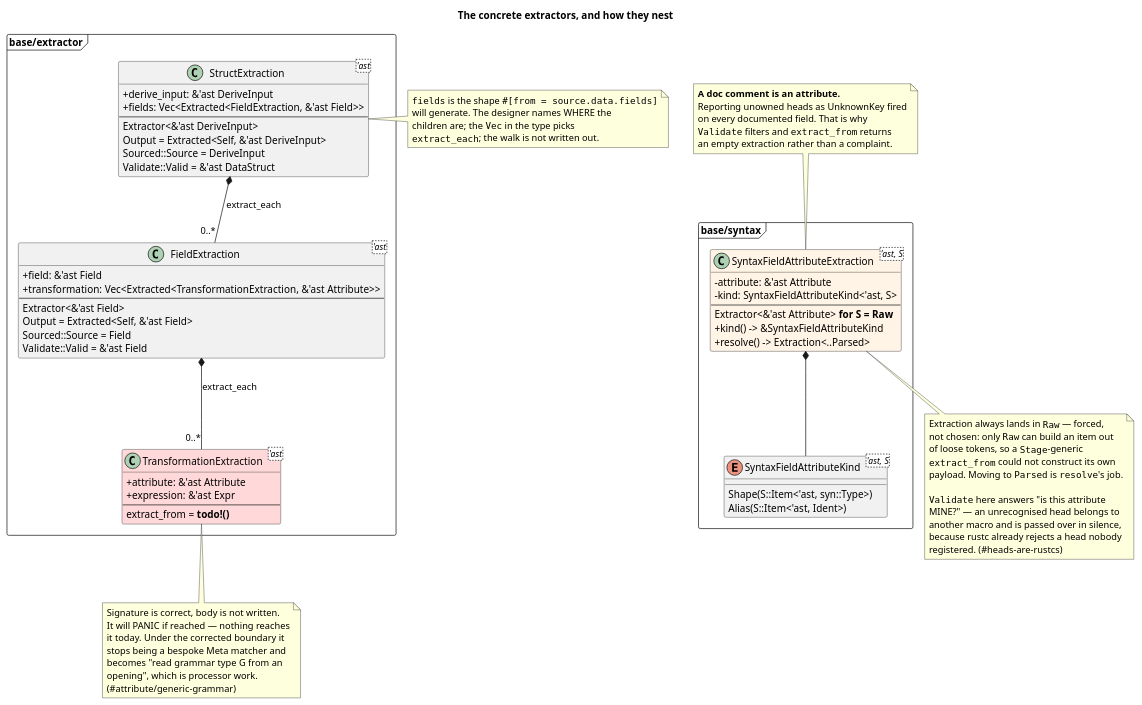
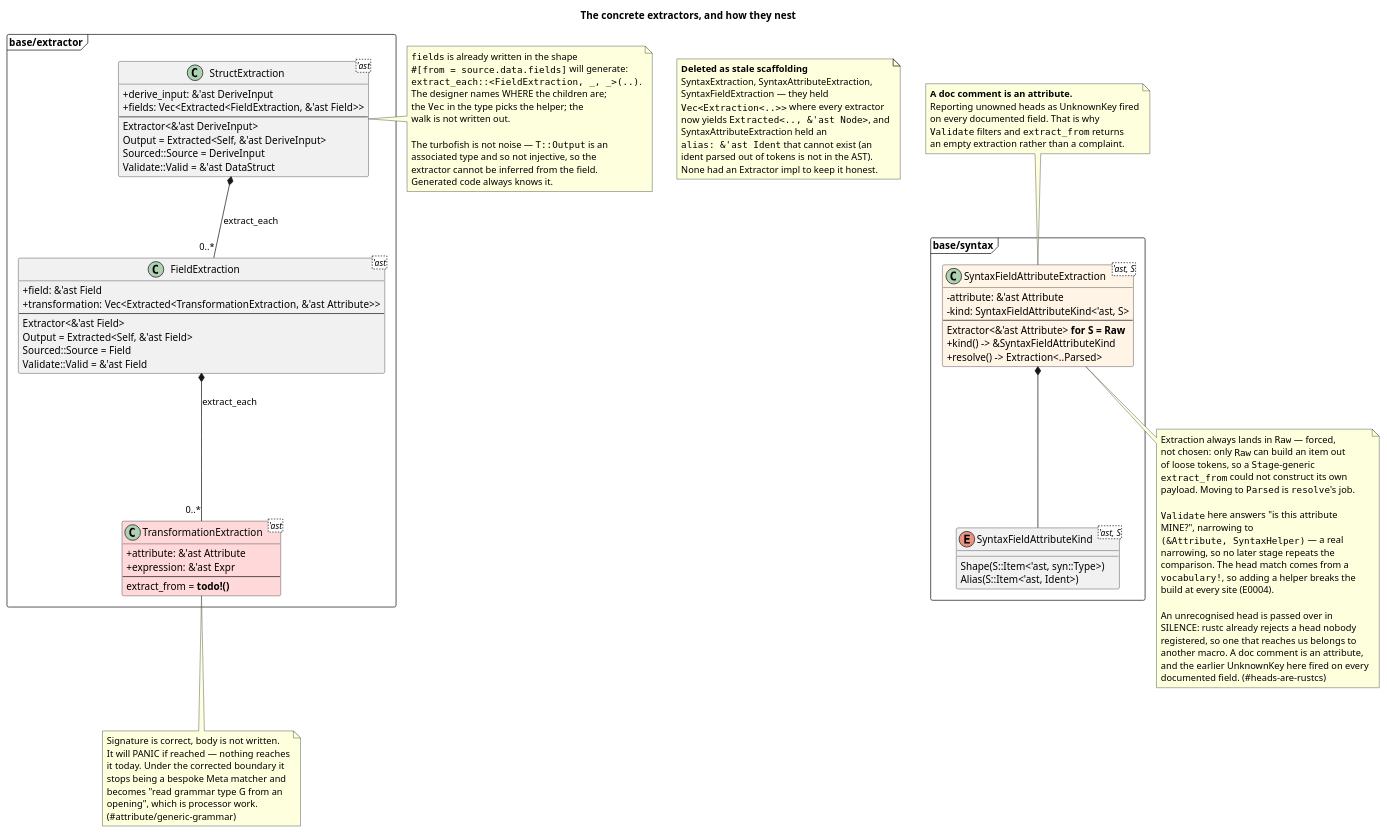
The diagram in docs/design/07-class-extractors.puml (nzuzomagagula/proc-macro-flow), drawn with PlantUML before and after one commit. The commit also changed 32 other files, not shown here.

```diff
--- a/docs/design/07-class-extractors.puml
+++ b/docs/design/07-class-extractors.puml
@@ -1,99 +1,127 @@
 @startuml class-extractors
 title The concrete extractors, and how they nest
 
 skinparam shadowing false
 skinparam classAttributeIconSize 0
 
 package "base/extractor" <<Frame>> {
 
   class "StructExtraction<'ast>" as Struct {
     +derive_input: &'ast DeriveInput
     +fields: Vec<Extracted<FieldExtraction, &'ast Field>>
     --
     Extractor<&'ast DeriveInput>
     Output = Extracted<Self, &'ast DeriveInput>
     Sourced::Source = DeriveInput
     Validate::Valid = &'ast DataStruct
   }
 
   class "FieldExtraction<'ast>" as Field {
     +field: &'ast Field
     +transformation: Vec<Extracted<TransformationExtraction, &'ast Attribute>>
     --
     Extractor<&'ast Field>
     Output = Extracted<Self, &'ast Field>
     Sourced::Source = Field
     Validate::Valid = &'ast Field
   }
 
   class "TransformationExtraction<'ast>" as Transform #FFD9D9 {
     +attribute: &'ast Attribute
     +expression: &'ast Expr
     --
     extract_from = **todo!()**
   }
 }
 
 package "base/syntax" <<Frame>> {
 
   class "SyntaxFieldAttributeExtraction<'ast, S>" as Syntax #FFF4E5 {
     -attribute: &'ast Attribute
     -kind: SyntaxFieldAttributeKind<'ast, S>
     --
     Extractor<&'ast Attribute> **for S = Raw**
     +kind() -> &SyntaxFieldAttributeKind
     +resolve() -> Extraction<..Parsed>
   }
 
   enum "SyntaxFieldAttributeKind<'ast, S>" as Kind {
     Shape(S::Item<'ast, syn::Type>)
     Alias(S::Item<'ast, Ident>)
   }
 }
 
 Struct *-- "0..*" Field : extract_each
 Field *-- "0..*" Transform : extract_each
 Syntax *-- Kind
 
 note right of Struct
-  ""fields"" is the shape ""#[from = source.data.fields]""
-  will generate. The designer names WHERE the
-  children are; the ""Vec"" in the type picks
-  ""extract_each""; the walk is not written out.
+  ""fields"" is already written in the shape
+  ""#[from = source.data.fields]"" will generate:
+  ""extract_each::<FieldExtraction, _, _>(..)"".
+  The designer names WHERE the children are;
+  the ""Vec"" in the type picks the helper; the
+  walk is not written out.
+
+  The turbofish is not noise — ""T::Output"" is an
+  associated type and so not injective, so the
+  extractor cannot be inferred from the field.
+  Generated code always knows it.
+end note
+
+note as Deleted
+  **Deleted as stale scaffolding**
+  SyntaxExtraction, SyntaxAttributeExtraction,
+  SyntaxFieldExtraction — they held
+  ""Vec<Extraction<..>>"" where every extractor
+  now yields ""Extracted<.., &'ast Node>"", and
+  SyntaxAttributeExtraction held an
+  ""alias: &'ast Ident"" that cannot exist (an
+  ident parsed out of tokens is not in the AST).
+  None had an Extractor impl to keep it honest.
 end note
 
 note bottom of Transform
   Signature is correct, body is not written.
   It will PANIC if reached — nothing reaches
   it today. Under the corrected boundary it
   stops being a bespoke Meta matcher and
   becomes "read grammar type G from an
   opening", which is processor work.
   (#attribute/generic-grammar)
 end note
 
 note bottom of Syntax
   Extraction always lands in ""Raw"" — forced,
   not chosen: only ""Raw"" can build an item out
   of loose tokens, so a ""Stage""-generic
   ""extract_from"" could not construct its own
   payload. Moving to ""Parsed"" is ""resolve""'s job.
 
   ""Validate"" here answers "is this attribute
-  MINE?" — an unrecognised head belongs to
-  another macro and is passed over in silence,
-  because rustc already rejects a head nobody
-  registered. (#heads-are-rustcs)
+  MINE?", narrowing to
+  ""(&Attribute, SyntaxHelper)"" — a real
+  narrowing, so no later stage repeats the
+  comparison. The head match comes from a
+  ""vocabulary!"", so adding a helper breaks the
+  build at every site (E0004).
+
+  An unrecognised head is passed over in
+  SILENCE: rustc already rejects a head nobody
+  registered, so one that reaches us belongs to
+  another macro. A doc comment is an attribute,
+  and the earlier UnknownKey here fired on every
+  documented field. (#heads-are-rustcs)
 end note
 
 note as Foreign
   **A doc comment is an attribute.**
   Reporting unowned heads as UnknownKey fired
   on every documented field. That is why
   ""Validate"" filters and ""extract_from"" returns
   an empty extraction rather than a complaint.
 end note
 
 Foreign .. Syntax
 
 @enduml
```
